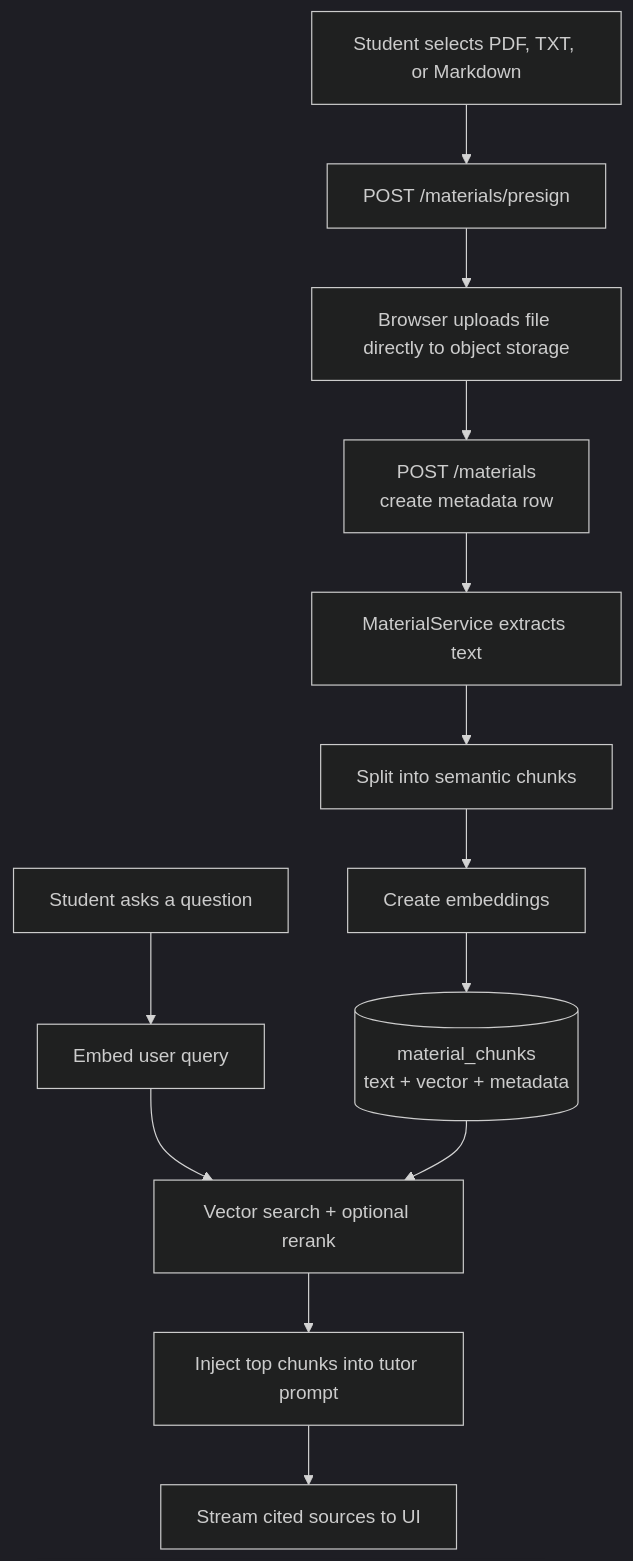
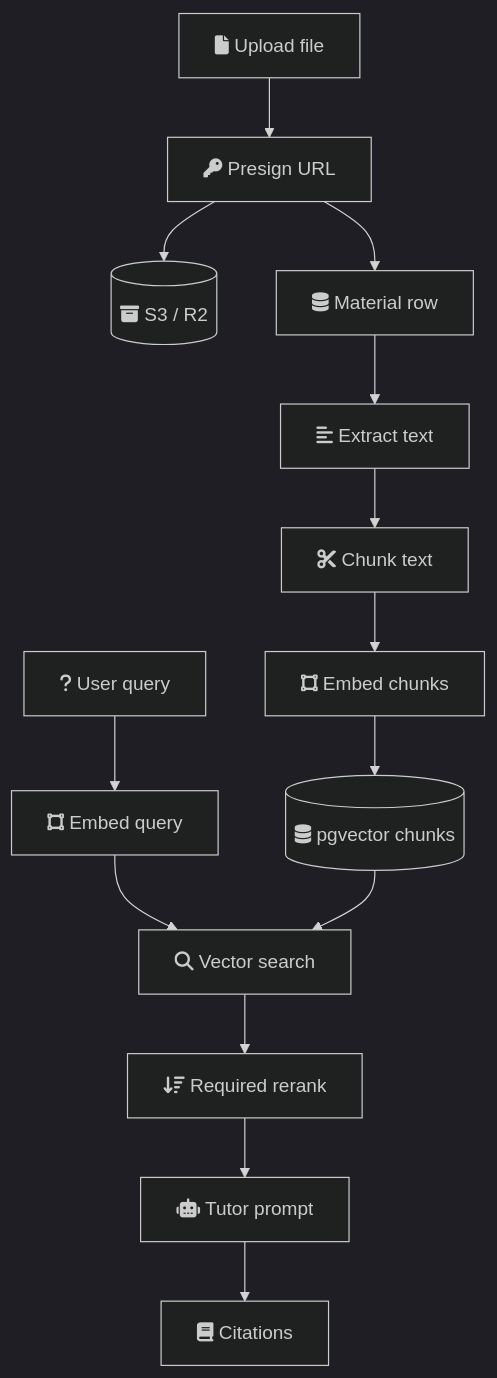
Before and after one commit to jitani04/Sapient: the third of 5 diagrams in README.md, drawn with Mermaid (dark theme). The commit also changed other lines of this file and 3 other files, not shown here.

````diff
--- a/README.md
+++ b/README.md
@@ -85,20 +106,22 @@
 ```mermaid
 flowchart TD
-    Upload["Student selects PDF, TXT, or Markdown"]
-    Presign["POST /materials/presign"]
-    Put["Browser uploads file directly to object storage"]
-    Create["POST /materials\ncreate metadata row"]
-    Extract["MaterialService extracts text"]
-    Chunk["Split into semantic chunks"]
-    Embed["Create embeddings"]
-    Store[("material_chunks\ntext + vector + metadata")]
-    Ask["Student asks a question"]
-    QueryEmbed["Embed user query"]
-    SearchChunks["Vector search + optional rerank"]
-    Prompt["Inject top chunks into tutor prompt"]
-    Cite["Stream cited sources to UI"]
+    File["fa:fa-file Upload file"]
+    Presign["fa:fa-key Presign URL"]
+    Bucket[("fa:fa-archive S3 / R2")]
+    Material["fa:fa-database Material row"]
+    Text["fa:fa-align-left Extract text"]
+    Chunk["fa:fa-scissors Chunk text"]
+    Embed["fa:fa-vector-square Embed chunks"]
+    Store[("fa:fa-database pgvector chunks")]
+    Question["fa:fa-question User query"]
+    QueryVec["fa:fa-vector-square Embed query"]
+    Vector["fa:fa-search Vector search"]
+    Rerank["fa:fa-sort-amount-down Required rerank"]
+    Prompt["fa:fa-robot Tutor prompt"]
+    Sources["fa:fa-book Citations"]
 
-    Upload --> Presign --> Put --> Create --> Extract --> Chunk --> Embed --> Store
-    Ask --> QueryEmbed --> SearchChunks --> Prompt --> Cite
-    Store --> SearchChunks
+    File --> Presign --> Bucket
+    Presign --> Material --> Text --> Chunk --> Embed --> Store
+    Question --> QueryVec --> Vector --> Rerank --> Prompt --> Sources
+    Store --> Vector
 ```
````
